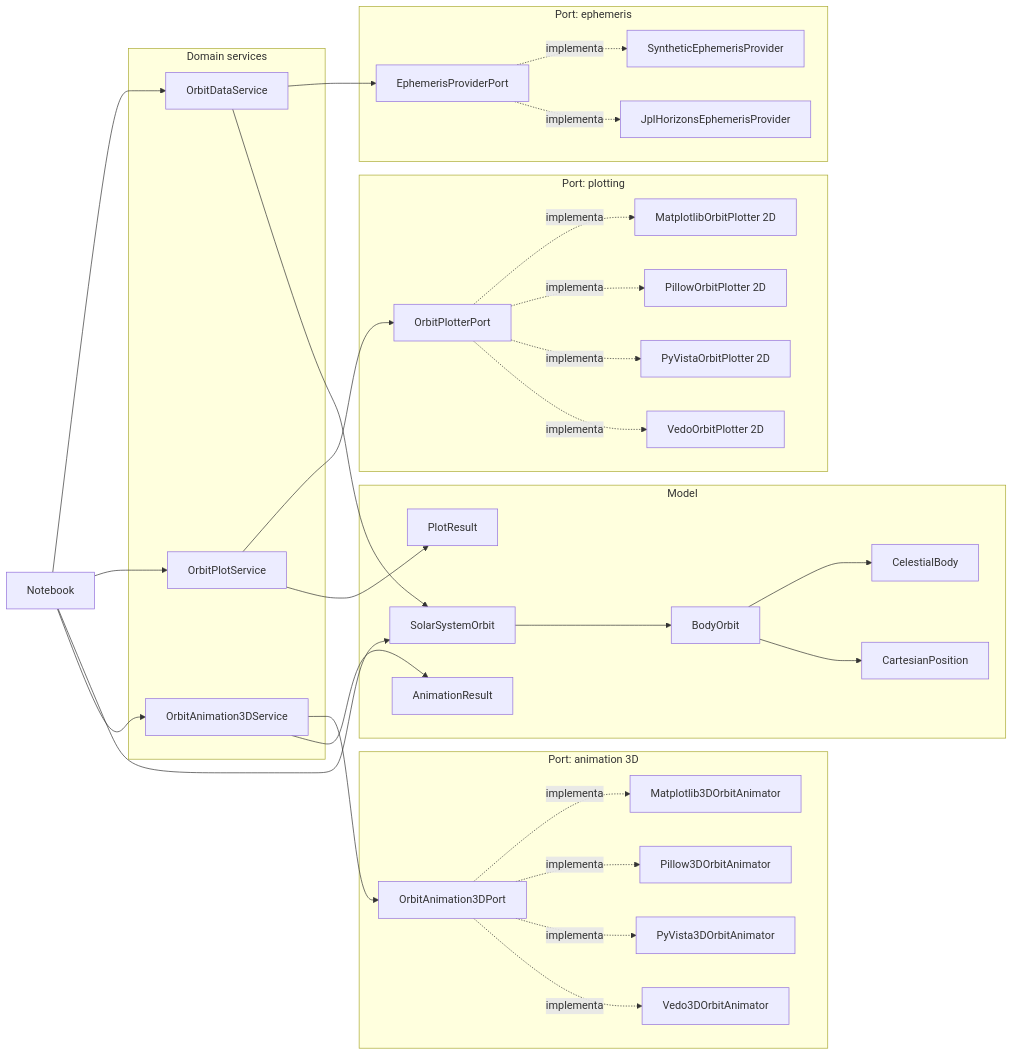
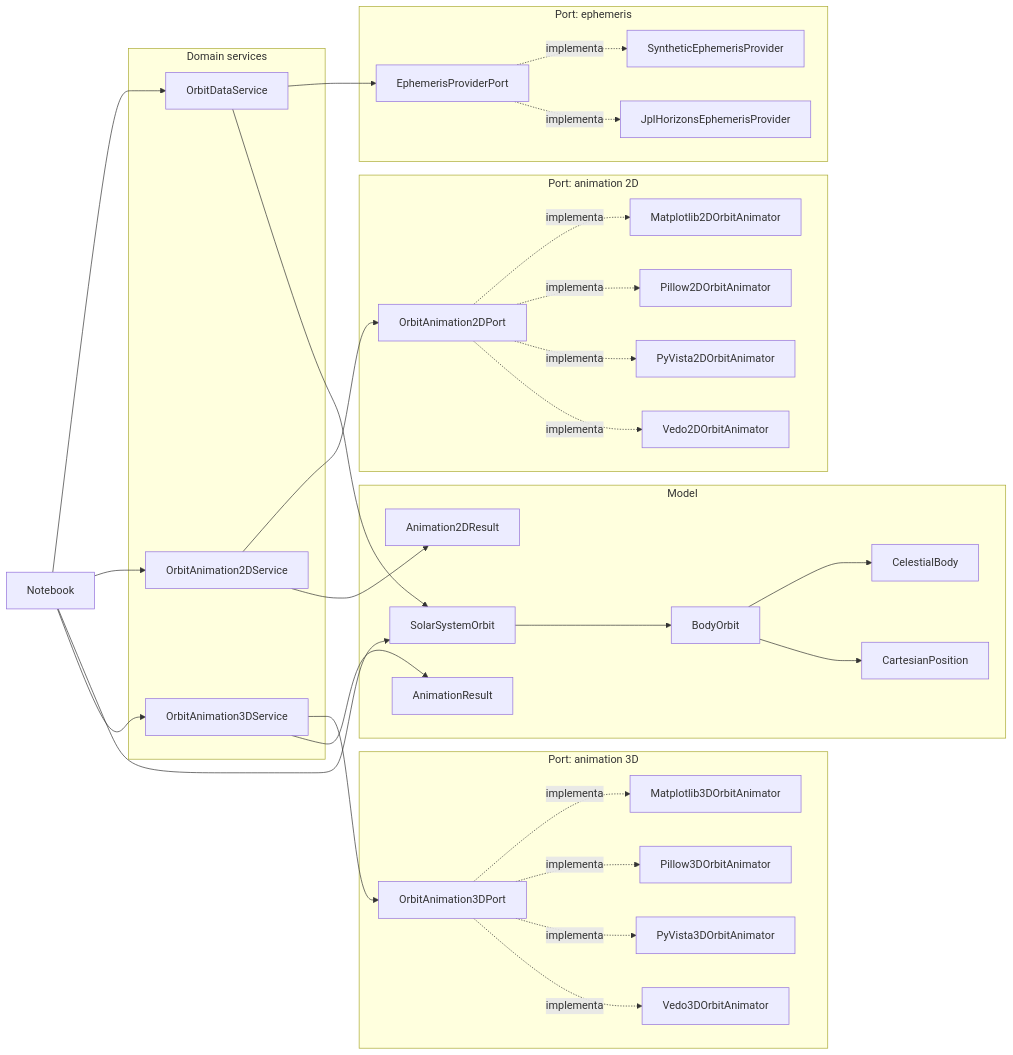
The diagram in README.md (astronomy-demos/solar-system-orbits), drawn with Mermaid before and after one commit. The commit also changed other lines of this file and 23 other files, not shown here.

Commit message:
Rename 2D plotting service to animation

````diff
--- a/README.md
+++ b/README.md
@@ -62,67 +62,67 @@
 ```mermaid
 flowchart LR
     Notebook["Notebook"]
 
     subgraph Model["Model"]
         Body["CelestialBody"]
         Position["CartesianPosition"]
         BodyOrbit["BodyOrbit"]
         SolarSystem["SolarSystemOrbit"]
-        PlotResult["PlotResult"]
+        Animation2DResult["Animation2DResult"]
         AnimationResult["AnimationResult"]
     end
 
     subgraph Domain["Domain services"]
         DataService["OrbitDataService"]
-        PlotService["OrbitPlotService"]
+        Animation2DService["OrbitAnimation2DService"]
         AnimationService["OrbitAnimation3DService"]
     end
 
     subgraph EphemerisPort["Port: ephemeris"]
         EphemerisContract["EphemerisProviderPort"]
         Synthetic["SyntheticEphemerisProvider"]
         JPL["JplHorizonsEphemerisProvider"]
     end
 
-    subgraph PlottingPort["Port: plotting"]
-        PlotterContract["OrbitPlotterPort"]
-        Matplotlib["MatplotlibOrbitPlotter 2D"]
-        Pillow["PillowOrbitPlotter 2D"]
-        PyVista["PyVistaOrbitPlotter 2D"]
-        Vedo["VedoOrbitPlotter 2D"]
+    subgraph Animation2DPort["Port: animation 2D"]
+        Animation2DContract["OrbitAnimation2DPort"]
+        Matplotlib["Matplotlib2DOrbitAnimator"]
+        Pillow["Pillow2DOrbitAnimator"]
+        PyVista["PyVista2DOrbitAnimator"]
+        Vedo["Vedo2DOrbitAnimator"]
     end
 
     subgraph AnimationPort["Port: animation 3D"]
         AnimationContract["OrbitAnimation3DPort"]
         Matplotlib3D["Matplotlib3DOrbitAnimator"]
         Pillow3D["Pillow3DOrbitAnimator"]
         PyVista3D["PyVista3DOrbitAnimator"]
         Vedo3D["Vedo3DOrbitAnimator"]
     end
 
     Notebook --> DataService
     DataService --> EphemerisContract
     EphemerisContract -. implementa .-> Synthetic
     EphemerisContract -. implementa .-> JPL
     DataService --> SolarSystem
     SolarSystem --> BodyOrbit
     BodyOrbit --> Body
     BodyOrbit --> Position
 
-    Notebook --> PlotService
+    Notebook --> Animation2DService
     Notebook --> SolarSystem
-    PlotService --> PlotterContract
-    PlotterContract -. implementa .-> Matplotlib
-    PlotterContract -. implementa .-> Pillow
-    PlotterContract -. implementa .-> PyVista
-    PlotterContract -. implementa .-> Vedo
-    PlotService --> PlotResult
+    Animation2DService --> Animation2DContract
+    Animation2DContract -. implementa .-> Matplotlib
+    Animation2DContract -. implementa .-> Pillow
+    Animation2DContract -. implementa .-> PyVista
+    Animation2DContract -. implementa .-> Vedo
+    Animation2DService --> Animation2DResult
 
     Notebook --> AnimationService
     AnimationService --> AnimationContract
     AnimationContract -. implementa .-> Matplotlib3D
     AnimationContract -. implementa .-> Pillow3D
     AnimationContract -. implementa .-> PyVista3D
     AnimationContract -. implementa .-> Vedo3D
     AnimationService --> AnimationResult
 ```
````
